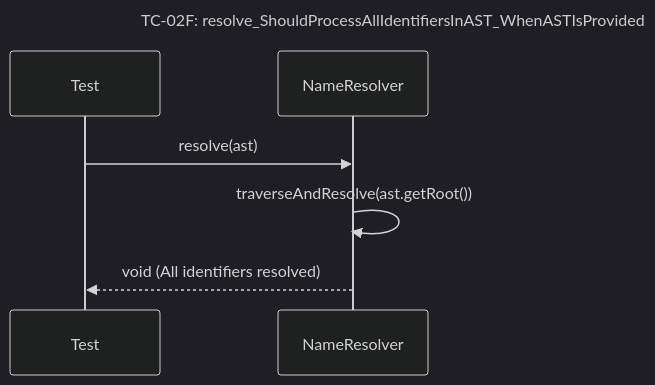
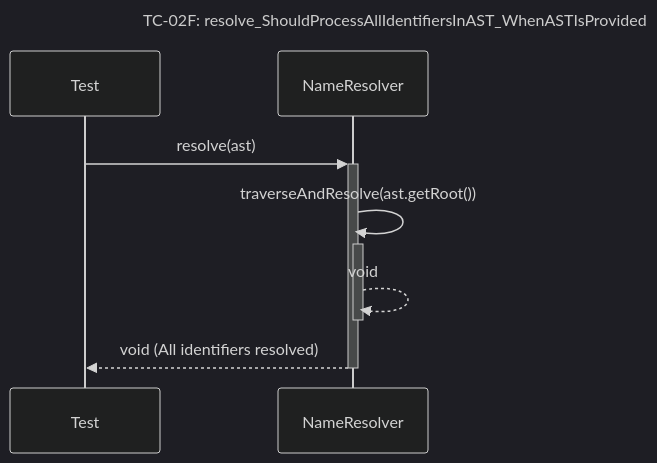
Diagram 12 of 30 in docs/unit_test/query_prossor/SequeceTestCase.md (Dikhang1112/Database_Management_BBV), drawn with Mermaid (dark theme) before and after one commit. The commit also changed other lines of this file and 12 other files, not shown here.

Commit message:
Refactor sequece diagram

````diff
--- a/docs/unit_test/query_prossor/SequeceTestCase.md
+++ b/docs/unit_test/query_prossor/SequeceTestCase.md
@@ -175,10 +178,11 @@
 ```mermaid
 sequenceDiagram
     title TC-02F: resolve_ShouldProcessAllIdentifiersInAST_WhenASTIsProvided
     participant Test
     participant NameResolver
 
-    Test->>NameResolver: resolve(ast)
-    NameResolver->>NameResolver: traverseAndResolve(ast.getRoot())
-    NameResolver-->>Test: void (All identifiers resolved)
+    Test->>+NameResolver: resolve(ast)
+    NameResolver->>+NameResolver: traverseAndResolve(ast.getRoot())
+    NameResolver-->>-NameResolver: void
+    NameResolver-->>-Test: void (All identifiers resolved)
 ```
````
